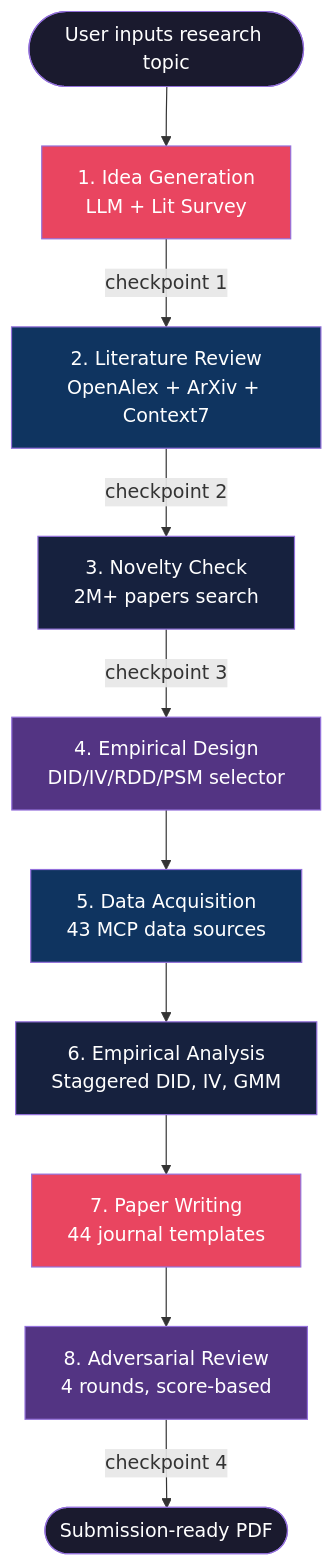
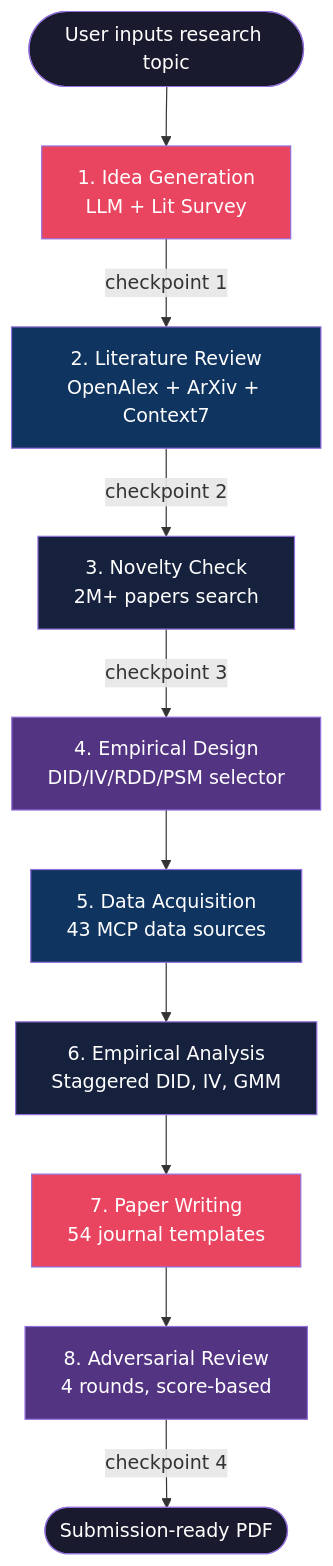
Before and after one commit to csmar432/finai-research: the first of 3 diagrams in README.md, drawn with Mermaid. The commit also changed other lines of this file and 4 other files, not shown here.

````diff
--- a/README.md
+++ b/README.md
@@ -497,23 +497,23 @@
 ```mermaid
 flowchart TD
     Start([User inputs research topic]) --> S1[1. Idea Generation<br/>LLM + Lit Survey]
     S1 -->|checkpoint 1| S2[2. Literature Review<br/>OpenAlex + ArXiv + Context7]
     S2 -->|checkpoint 2| S3[3. Novelty Check<br/>2M+ papers search]
     S3 -->|checkpoint 3| S4[4. Empirical Design<br/>DID/IV/RDD/PSM selector]
     S4 --> S5[5. Data Acquisition<br/>43 MCP data sources]
     S5 --> S6[6. Empirical Analysis<br/>Staggered DID, IV, GMM]
-    S6 --> S7[7. Paper Writing<br/>44 journal templates]
+    S6 --> S7[7. Paper Writing<br/>54 journal templates]
     S7 --> S8[8. Adversarial Review<br/>4 rounds, score-based]
     S8 -->|checkpoint 4| Done([Submission-ready PDF])
 
     style S1 fill:#e94560,color:#fff
     style S2 fill:#0f3460,color:#fff
     style S3 fill:#16213e,color:#fff
     style S4 fill:#533483,color:#fff
     style S5 fill:#0f3460,color:#fff
     style S6 fill:#16213e,color:#fff
     style S7 fill:#e94560,color:#fff
     style S8 fill:#533483,color:#fff
     style Start fill:#1a1a2e,color:#fff
     style Done fill:#1a1a2e,color:#fff
 ```
````
